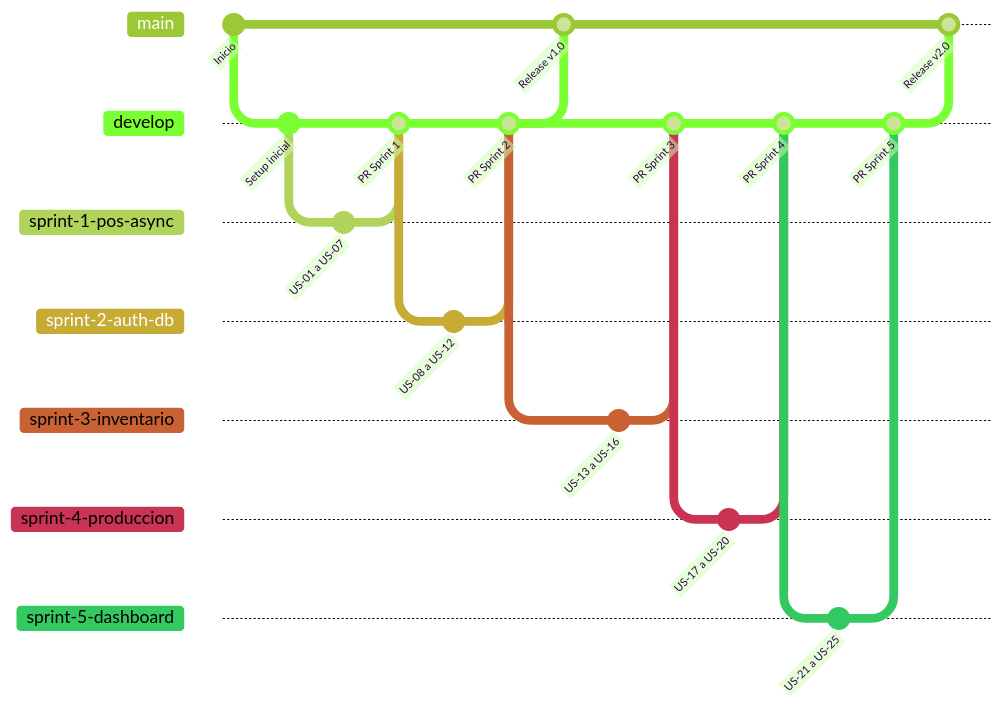
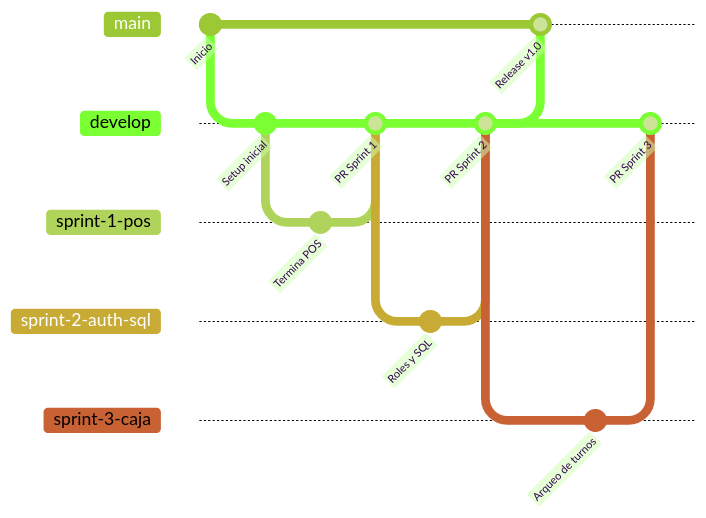
One commit to ruiz212/Ingenieria-de-software- changed the diagram in README.md. Above: the diagram before and after it, drawn with Mermaid (forest theme). The commit also changed other lines of this file, not shown here.

````diff
--- a/README.md
+++ b/README.md
@@ -126,37 +101,25 @@
 ```mermaid
 gitGraph
     commit id: "Inicio"
     branch develop
     checkout develop
     commit id: "Setup inicial"
-    branch sprint-1-pos-async
-    checkout sprint-1-pos-async
-    commit id: "US-01 a US-07"
+    branch sprint-1-pos
+    checkout sprint-1-pos
+    commit id: "Termina POS"
     checkout develop
-    merge sprint-1-pos-async id: "PR Sprint 1"
-    branch sprint-2-auth-db
-    checkout sprint-2-auth-db
-    commit id: "US-08 a US-12"
+    merge sprint-1-pos id: "PR Sprint 1"
+    branch sprint-2-auth-sql
+    checkout sprint-2-auth-sql
+    commit id: "Roles y SQL"
     checkout develop
-    merge sprint-2-auth-db id: "PR Sprint 2"
+    merge sprint-2-auth-sql id: "PR Sprint 2"
     checkout main
     merge develop id: "Release v1.0"
     checkout develop
-    branch sprint-3-inventario
-    checkout sprint-3-inventario
-    commit id: "US-13 a US-16"
+    branch sprint-3-caja
+    checkout sprint-3-caja
+    commit id: "Arqueo de turnos"
     checkout develop
-    merge sprint-3-inventario id: "PR Sprint 3"
-    branch sprint-4-produccion
-    checkout sprint-4-produccion
-    commit id: "US-17 a US-20"
-    checkout develop
-    merge sprint-4-produccion id: "PR Sprint 4"
-    branch sprint-5-dashboard
-    checkout sprint-5-dashboard
-    commit id: "US-21 a US-25"
-    checkout develop
-    merge sprint-5-dashboard id: "PR Sprint 5"
-    checkout main
-    merge develop id: "Release v2.0"
+    merge sprint-3-caja id: "PR Sprint 3"
 ```
````
